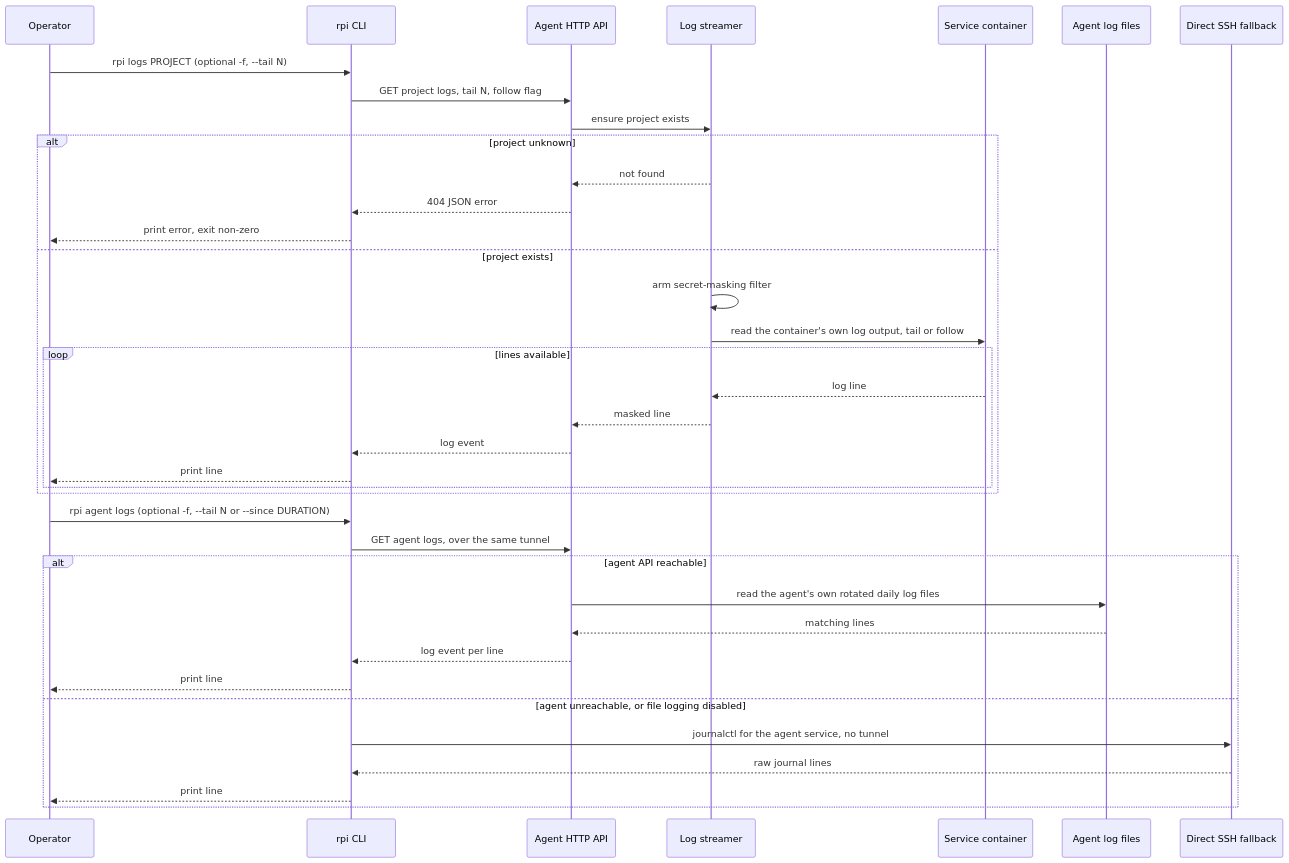
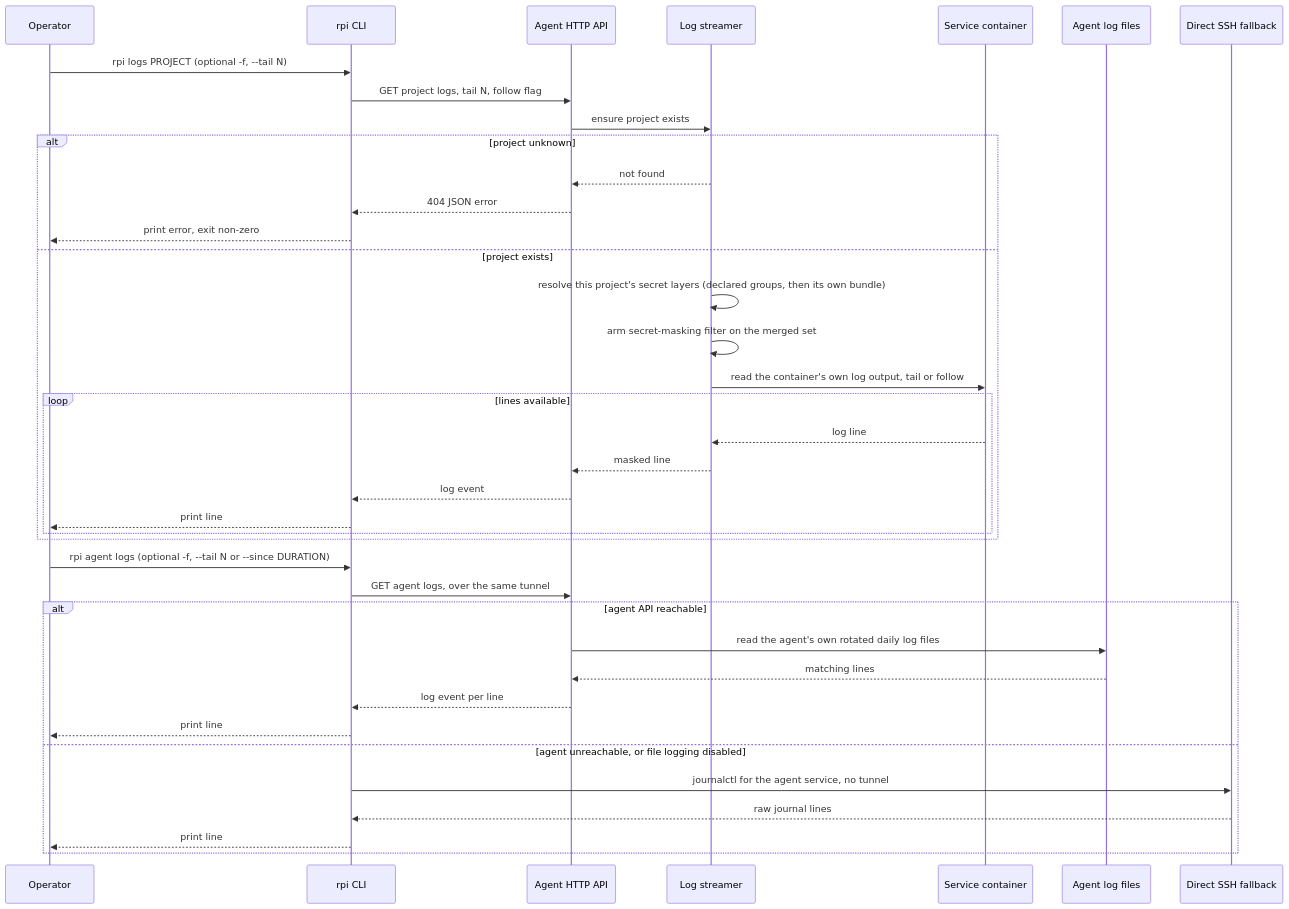
Before and after one commit to khmilevoi/pi-deploy: the first of 3 diagrams in docs/architecture/flows/observability.md, drawn with Mermaid. The commit also changed other lines of this file and 15 other files, not shown here.

````diff
--- a/docs/architecture/flows/observability.md
+++ b/docs/architecture/flows/observability.md
@@ -14,41 +14,42 @@
 ```mermaid
 sequenceDiagram
     participant Op as Operator
     participant CLI as rpi CLI
     participant Agent as Agent HTTP API
     participant Log as Log streamer
     participant Svc as Service container
     participant Files as Agent log files
     participant SSH as Direct SSH fallback
 
     Op->>CLI: rpi logs PROJECT (optional -f, --tail N)
     CLI->>Agent: GET project logs, tail N, follow flag
     Agent->>Log: ensure project exists
     alt project unknown
         Log-->>Agent: not found
         Agent-->>CLI: 404 JSON error
         CLI-->>Op: print error, exit non-zero
     else project exists
-        Log->>Log: arm secret-masking filter
+        Log->>Log: resolve this project's secret layers (declared groups, then its own bundle)
+        Log->>Log: arm secret-masking filter on the merged set
         Log->>Svc: read the container's own log output, tail or follow
         loop lines available
             Svc-->>Log: log line
             Log-->>Agent: masked line
             Agent-->>CLI: log event
             CLI-->>Op: print line
         end
     end
 
     Op->>CLI: rpi agent logs (optional -f, --tail N or --since DURATION)
     CLI->>Agent: GET agent logs, over the same tunnel
     alt agent API reachable
         Agent->>Files: read the agent's own rotated daily log files
         Files-->>Agent: matching lines
         Agent-->>CLI: log event per line
         CLI-->>Op: print line
     else agent unreachable, or file logging disabled
         CLI->>SSH: journalctl for the agent service, no tunnel
         SSH-->>CLI: raw journal lines
         CLI-->>Op: print line
     end
 ```
````
